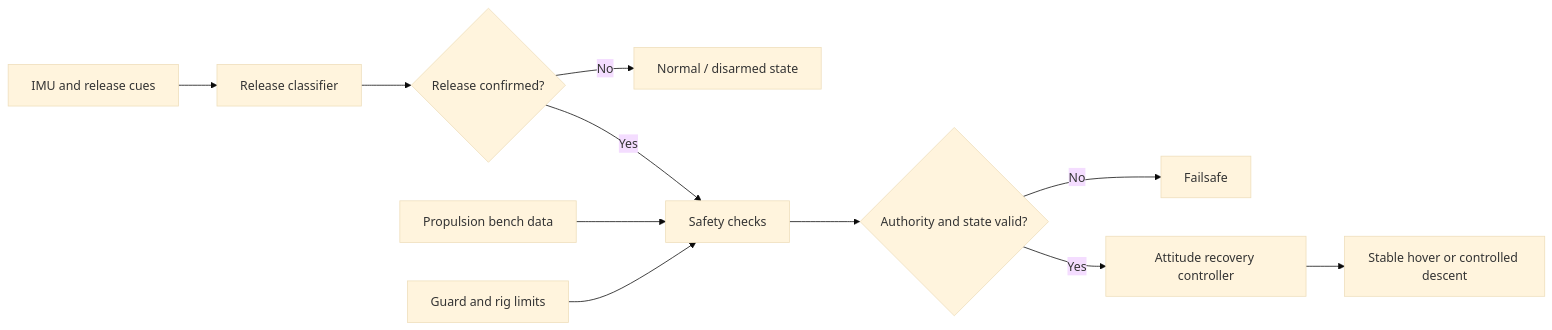
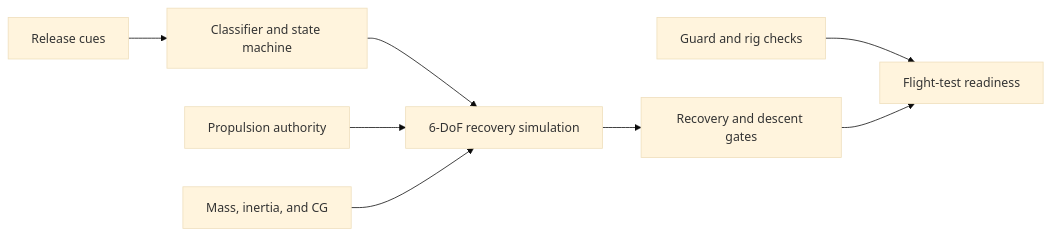
The diagram in README.md (500ft/SelfStabilizingDrone), drawn with Mermaid (base theme) before and after one commit. The commit also changed other lines of this file and 3 other files, not shown here.

Commit message:
docs: document result and figure lineage

````diff
--- a/README.md
+++ b/README.md
@@ -55,13 +25,10 @@
 ```mermaid
 flowchart LR
-    A[IMU and release cues] --> B[Release classifier]
-    B --> C{Release confirmed?}
-    C -- No --> D[Normal / disarmed state]
-    C -- Yes --> E[Safety checks]
-    E --> F{Authority and state valid?}
-    F -- No --> G[Failsafe]
-    F -- Yes --> H[Attitude recovery controller]
-    H --> I[Stable hover or controlled descent]
-    J[Propulsion bench data] --> E
-    K[Guard and rig limits] --> E
+    I[Release cues] --> C[Classifier and state machine]
+    C --> R[6-DoF recovery simulation]
+    P[Propulsion authority] --> R
+    M[Mass, inertia, and CG] --> R
+    R --> G[Recovery and descent gates]
+    S[Guard and rig checks] --> F[Flight-test readiness]
+    G --> F
 ```
````
